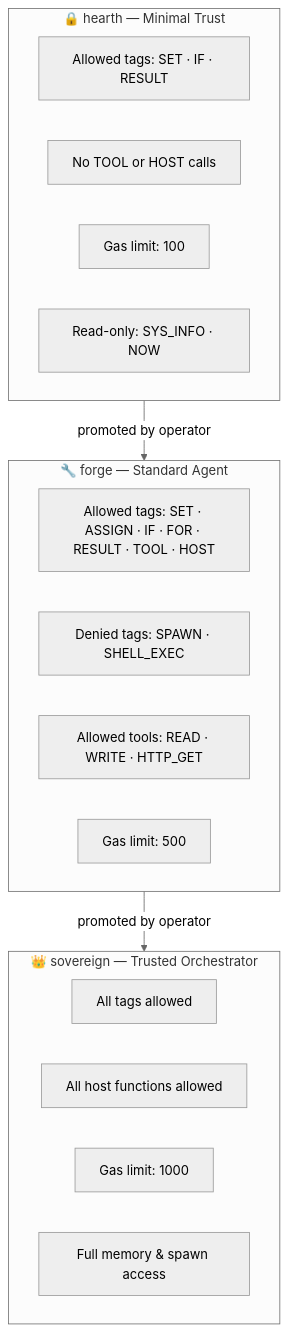
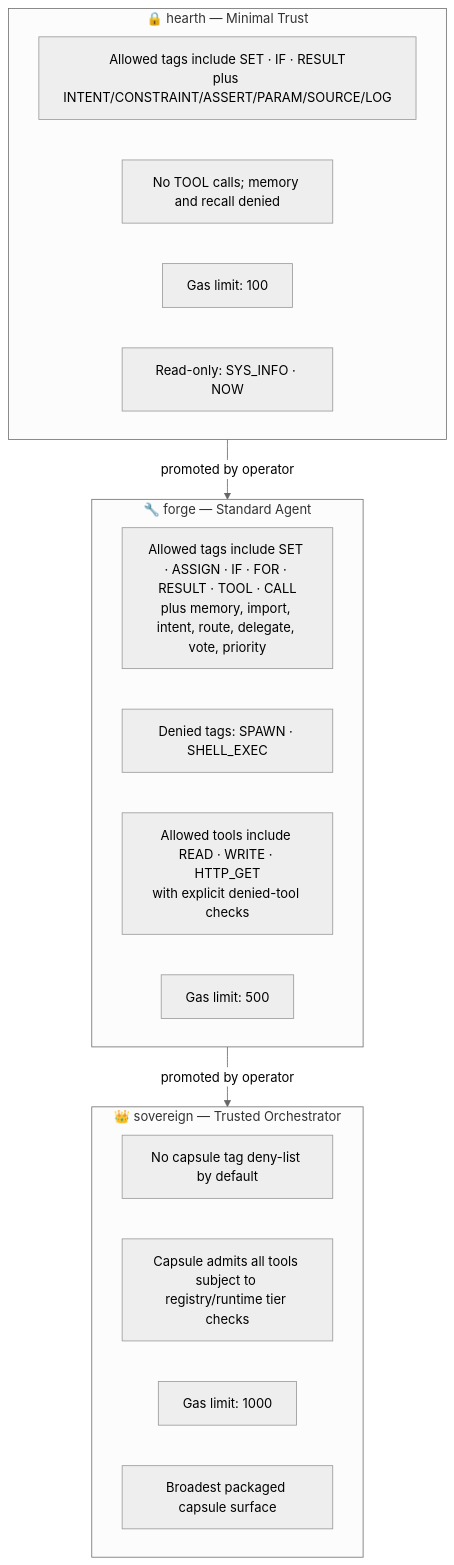
Before and after one commit to Grumpified-OGGVCT/HLF-Hieroglyphic-Logic-Framework-MCP: the eighth of 13 diagrams in README.md, drawn with Mermaid (neutral theme). The commit also changed other lines of this file and 73 other files, not shown here.

````diff
--- a/README.md
+++ b/README.md
@@ -787,26 +814,26 @@
 ```mermaid
 graph TD
     subgraph hearth["🔒 hearth — Minimal Trust"]
-        h1["Allowed tags: SET · IF · RESULT"]
-        h2["No TOOL or HOST calls"]
+        h1["Allowed tags include SET · IF · RESULT\nplus INTENT/CONSTRAINT/ASSERT/PARAM/SOURCE/LOG"]
+        h2["No TOOL calls; memory and recall denied"]
         h3["Gas limit: 100"]
         h4["Read-only: SYS_INFO · NOW"]
     end
 
     subgraph forge["🔧 forge — Standard Agent"]
-        f1["Allowed tags: SET · ASSIGN · IF · FOR · RESULT · TOOL · HOST"]
+        f1["Allowed tags include SET · ASSIGN · IF · FOR · RESULT · TOOL · CALL\nplus memory, import, intent, route, delegate, vote, priority"]
         f2["Denied tags: SPAWN · SHELL_EXEC"]
-        f3["Allowed tools: READ · WRITE · HTTP_GET"]
+        f3["Allowed tools include READ · WRITE · HTTP_GET\nwith explicit denied-tool checks"]
         f4["Gas limit: 500"]
     end
 
     subgraph sovereign["👑 sovereign — Trusted Orchestrator"]
-        s1["All tags allowed"]
-        s2["All host functions allowed"]
+        s1["No capsule tag deny-list by default"]
+        s2["Capsule admits all tools subject to registry/runtime tier checks"]
         s3["Gas limit: 1000"]
-        s4["Full memory & spawn access"]
+        s4["Broadest packaged capsule surface"]
     end
 
     hearth -->|"promoted by operator"| forge
     forge  -->|"promoted by operator"| sovereign
 ```
````
